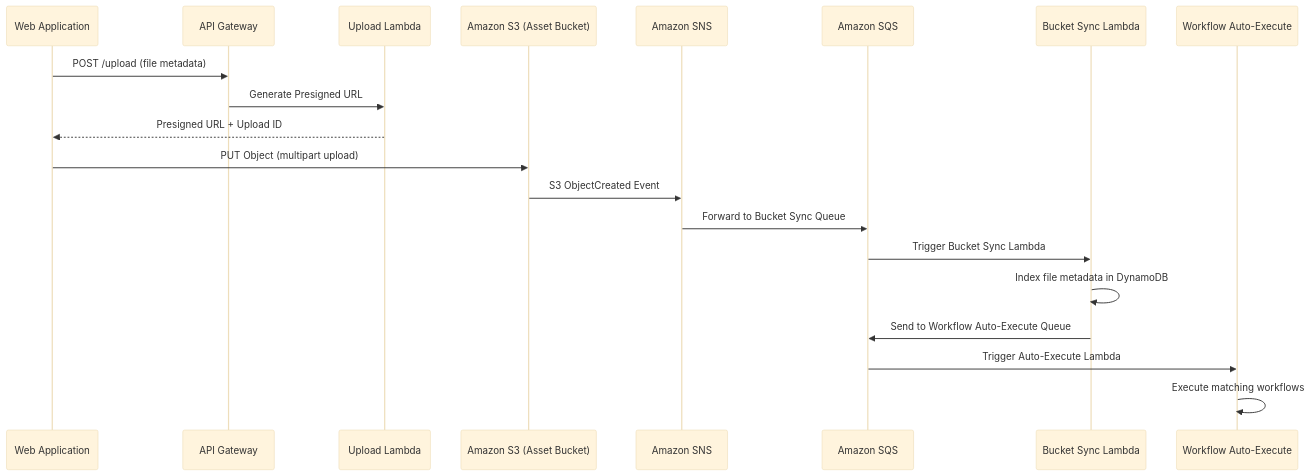
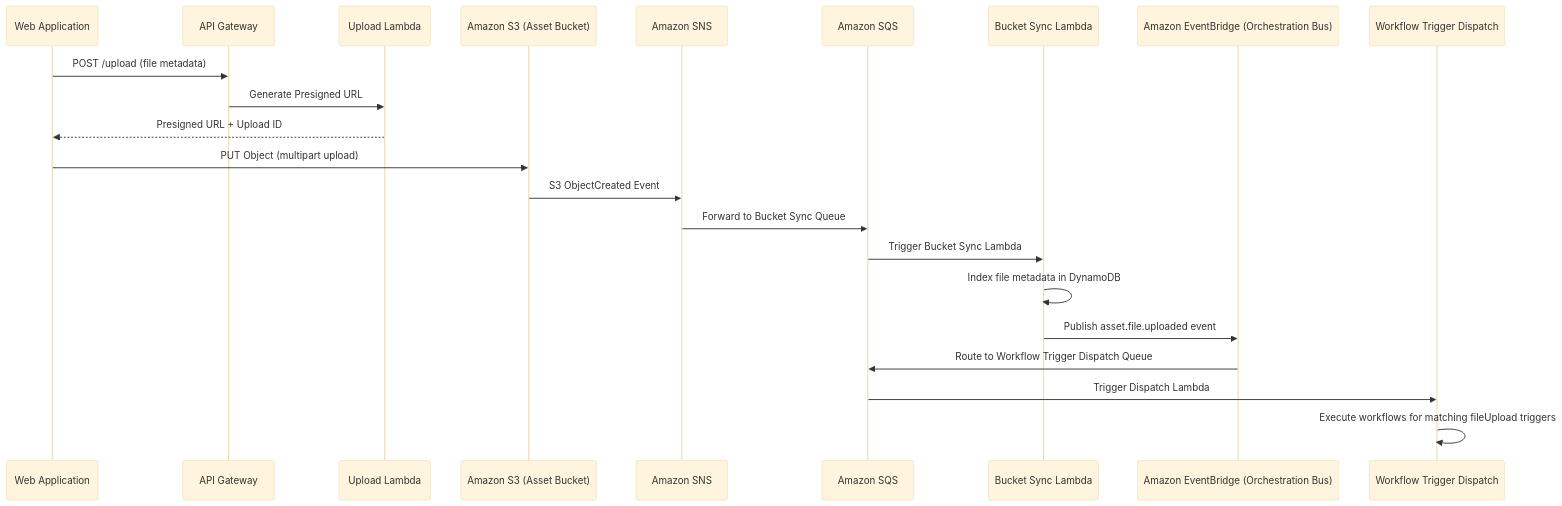
The third of 6 diagrams in documentation/docusaurus-site/docs/architecture/details.md (awslabs/visual-asset-management-system), drawn with Mermaid (base theme) before and after one commit. The commit also changed other lines of this file and 276 other files, not shown here.

````diff
--- a/documentation/docusaurus-site/docs/architecture/details.md
+++ b/documentation/docusaurus-site/docs/architecture/details.md
@@ -130,23 +130,25 @@
 ```mermaid
 sequenceDiagram
     participant Web as Web Application
     participant API as API Gateway
     participant Upload as Upload Lambda
     participant S3 as Amazon S3 (Asset Bucket)
     participant SNS as Amazon SNS
     participant SQS as Amazon SQS
     participant Sync as Bucket Sync Lambda
-    participant WF as Workflow Auto-Execute
+    participant EB as Amazon EventBridge (Orchestration Bus)
+    participant WF as Workflow Trigger Dispatch
 
     Web->>API: POST /upload (file metadata)
     API->>Upload: Generate Presigned URL
     Upload-->>Web: Presigned URL + Upload ID
     Web->>S3: PUT Object (multipart upload)
     S3->>SNS: S3 ObjectCreated Event
     SNS->>SQS: Forward to Bucket Sync Queue
     SQS->>Sync: Trigger Bucket Sync Lambda
     Sync->>Sync: Index file metadata in DynamoDB
-    Sync->>SQS: Send to Workflow Auto-Execute Queue
-    SQS->>WF: Trigger Auto-Execute Lambda
-    WF->>WF: Execute matching workflows
+    Sync->>EB: Publish asset.file.uploaded event
+    EB->>SQS: Route to Workflow Trigger Dispatch Queue
+    SQS->>WF: Trigger Dispatch Lambda
+    WF->>WF: Execute workflows for matching fileUpload triggers
 ```
````
